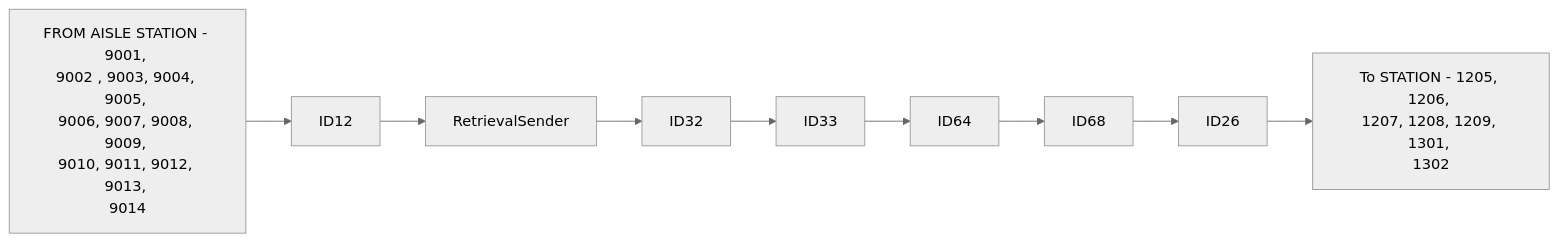
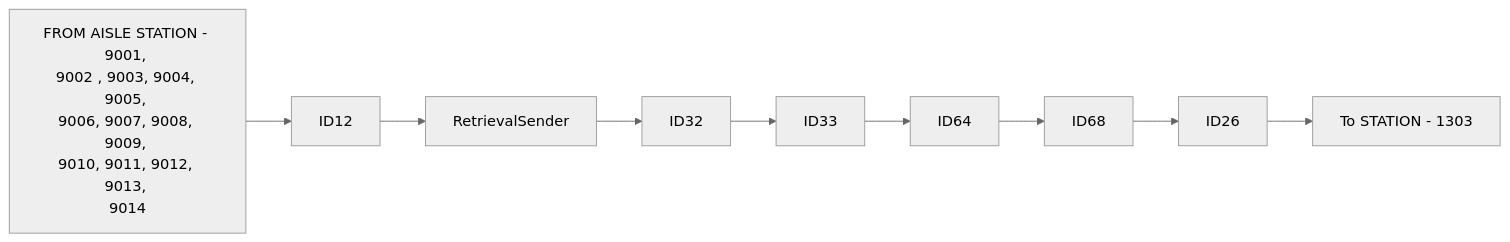
Before and after one commit to luthfiadityaa/SimeDarby-Wiki: the first of 3 diagrams in Basic-Design/DFD-WMS/Retrieval/QC-Setting/Retrieval-for-QC-Start.md, drawn with Mermaid (neutral theme).

Commit message:
Updated Retrieval for QC Start

```diff
--- a/Basic-Design/DFD-WMS/Retrieval/QC-Setting/Retrieval-for-QC-Start.md
+++ b/Basic-Design/DFD-WMS/Retrieval/QC-Setting/Retrieval-for-QC-Start.md
@@ -4,11 +4,9 @@
 ::: mermaid
 flowchart LR
   
 P1[FROM AISLE STATION - 9001, 
 9002 , 9003, 9004, 9005, 
 9006, 9007, 9008, 9009, 
 9010, 9011, 9012, 9013, 
-9014]-->P21[ID12]-->P2[RetrievalSender]-->P3[ID32]-->P4[ID33]-->P5[ID64]-->P6[ID68]-->P7[ID26]-->P8[To STATION - 1205, 1206, 
-1207, 1208, 1209, 1301, 
-1302] 
+9014]-->P21[ID12]-->P2[RetrievalSender]-->P3[ID32]-->P4[ID33]-->P5[ID64]-->P6[ID68]-->P7[ID26]-->P8[To STATION - 1303] 
 :::
```
